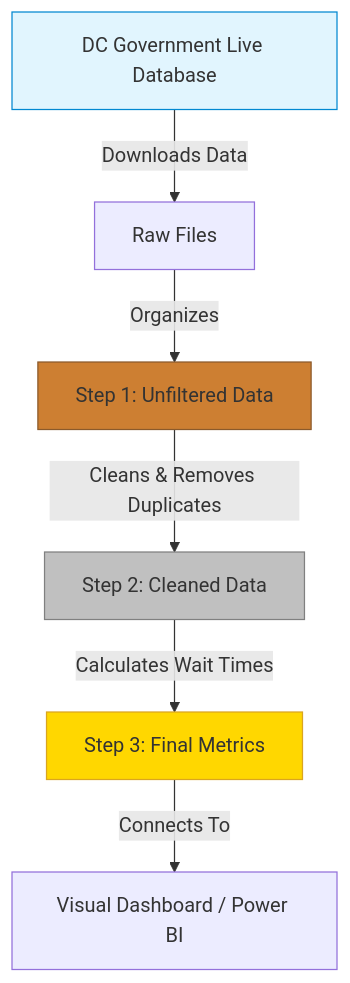
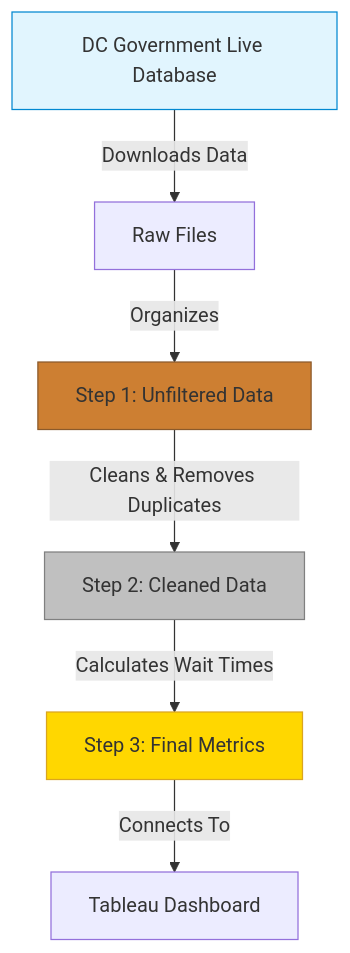
One commit to Areena2908/DistrictPulse changed the diagram in README.md. Above: the diagram before and after it, drawn with Mermaid. The commit also changed other lines of this file, not shown here.

````diff
--- a/README.md
+++ b/README.md
@@ -40,18 +40,18 @@
 ```mermaid
 graph TD;
     API[DC Government Live Database] -->|Downloads Data| RAW[Raw Files];
     RAW -->|Organizes| BRONZE[Step 1: Unfiltered Data];
     BRONZE -->|Cleans & Removes Duplicates| SILVER[Step 2: Cleaned Data];
     SILVER -->|Calculates Wait Times| GOLD[Step 3: Final Metrics];
-    GOLD -->|Connects To| PBI[Visual Dashboard / Power BI];
+    GOLD -->|Connects To| TABLEAU[Tableau Dashboard];
     
     classDef api fill:#e1f5fe,stroke:#0288d1;
     classDef bronze fill:#cd7f32,stroke:#8b5a2b;
     classDef silver fill:#c0c0c0,stroke:#808080;
     classDef gold fill:#ffd700,stroke:#daa520;
     
     class API api;
     class BRONZE bronze;
     class SILVER silver;
     class GOLD gold;
 ```
````
